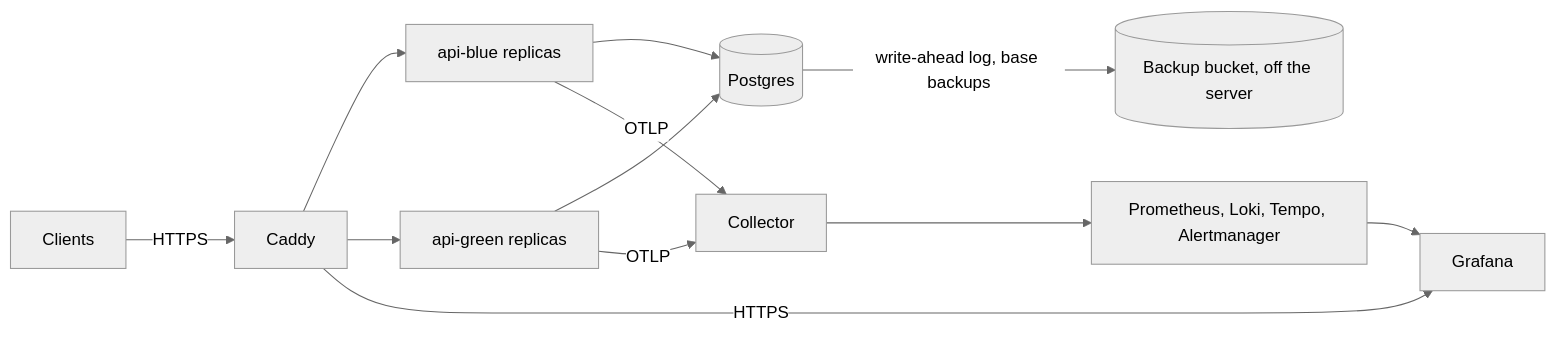
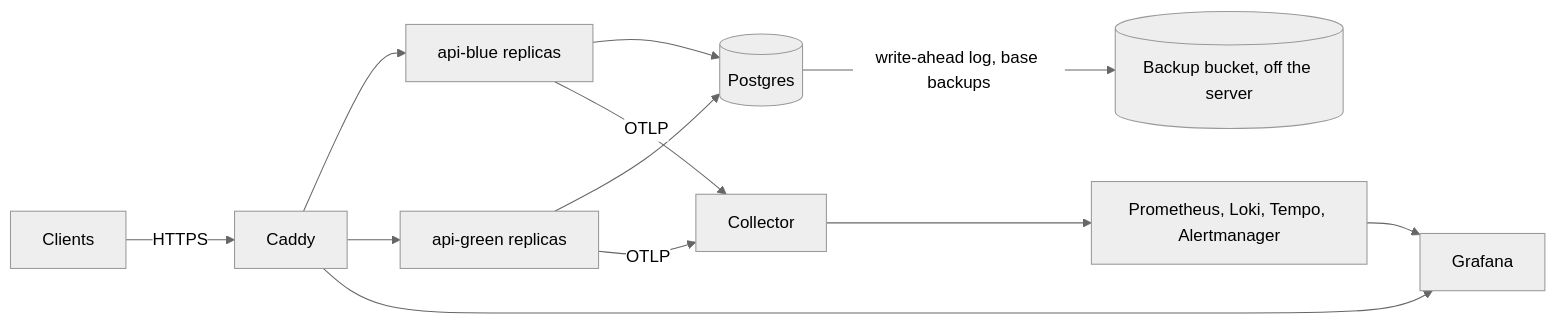
One commit to Grebyn35/AntWorker-API-Rust changed the diagram in docs/operations/deploy.md. Above: the diagram before and after it, drawn with Mermaid (neutral theme). The commit also changed other lines of this file and 15 other files, not shown here.

````diff
--- a/docs/operations/deploy.md
+++ b/docs/operations/deploy.md
@@ -7,11 +7,11 @@
 ```mermaid
 flowchart LR
   client[Clients] -- HTTPS --> caddy[Caddy]
   caddy --> blue[api-blue replicas] & green[api-green replicas]
-  caddy -- HTTPS --> grafana[Grafana]
+  caddy --> grafana[Grafana]
   blue & green --> postgres[(Postgres)]
   postgres -- write-ahead log, base backups --> bucket[(Backup bucket, off the server)]
   blue & green -- OTLP --> collector[Collector]
   collector --> stack[Prometheus, Loki, Tempo, Alertmanager]
   stack --> grafana
 ```
````
